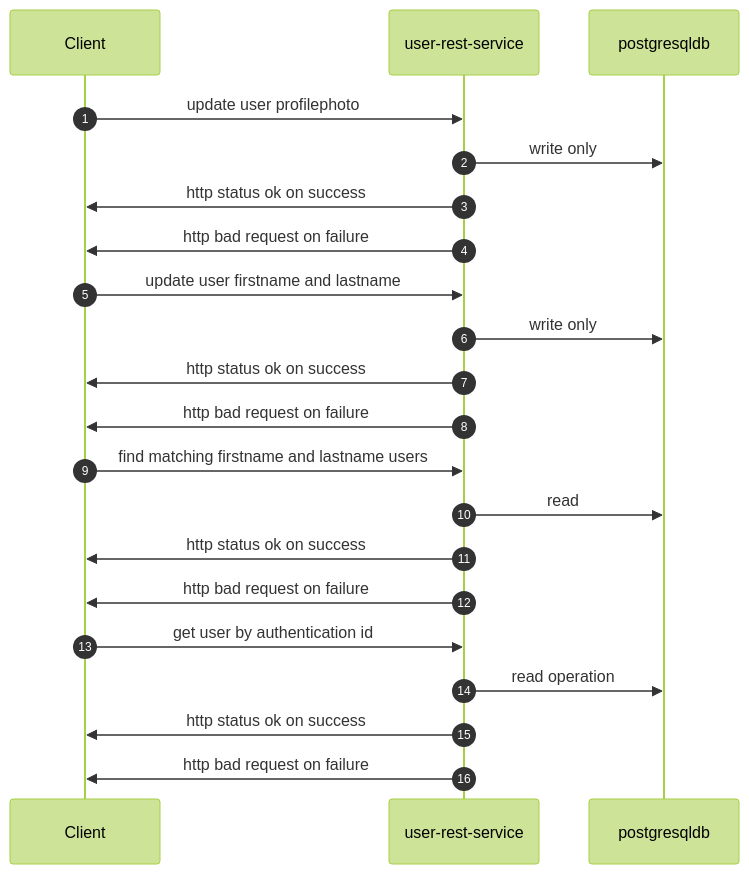
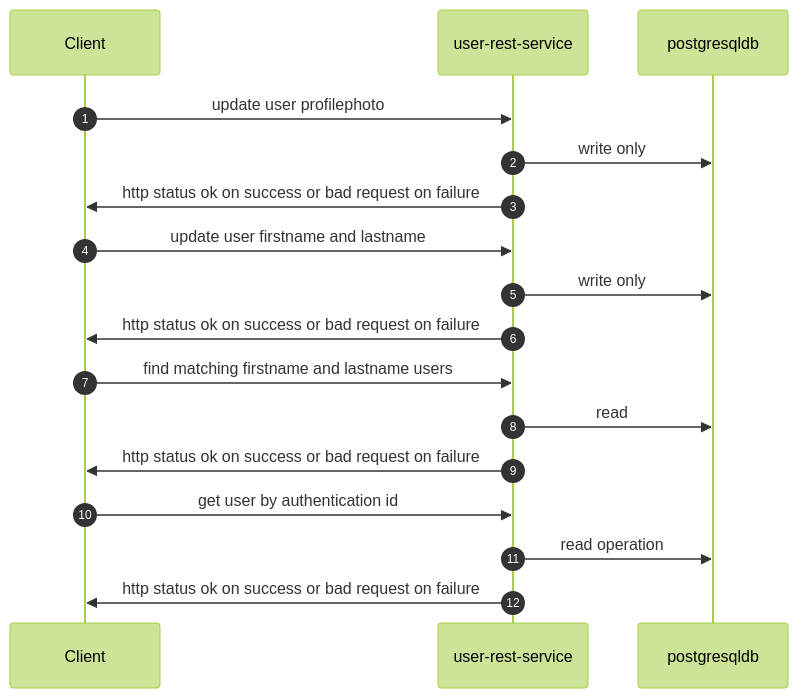
One commit to sonamsamdupkhangsar/user-rest-service changed the second of 2 diagrams in README.md. Above: the diagram before and after it, drawn with Mermaid (forest theme).

Commit message:
add response for each request

````diff
--- a/README.md
+++ b/README.md
@@ -92,23 +92,19 @@
 ```mermaid 
 sequenceDiagram
     autonumber
     participant Client
     participant userapi as user-rest-service
     participant postgresqldb
     Client ->> userapi: update user profilephoto
     userapi ->> postgresqldb: write only
-    userapi ->> Client: http status ok on success
-    userapi ->> Client: http bad request on failure
+    userapi ->> Client: http status ok on success or bad request on failure    
     Client ->> userapi: update user firstname and lastname
     userapi ->> postgresqldb: write only
-    userapi ->> Client: http status ok on success
-    userapi ->> Client: http bad request on failure
+    userapi ->> Client: http status ok on success or bad request on failure    
     Client ->> userapi: find matching firstname and lastname users
     userapi ->> postgresqldb: read
-    userapi ->> Client: http status ok on success
-    userapi ->> Client: http bad request on failure
+    userapi ->> Client: http status ok on success or bad request on failure    
     Client ->> userapi: get user by authentication id
     userapi ->> postgresqldb: read operation
-    userapi ->> Client: http status ok on success
-    userapi ->> Client: http bad request on failure    
+    userapi ->> Client: http status ok on success or bad request on failure
 ```
````
